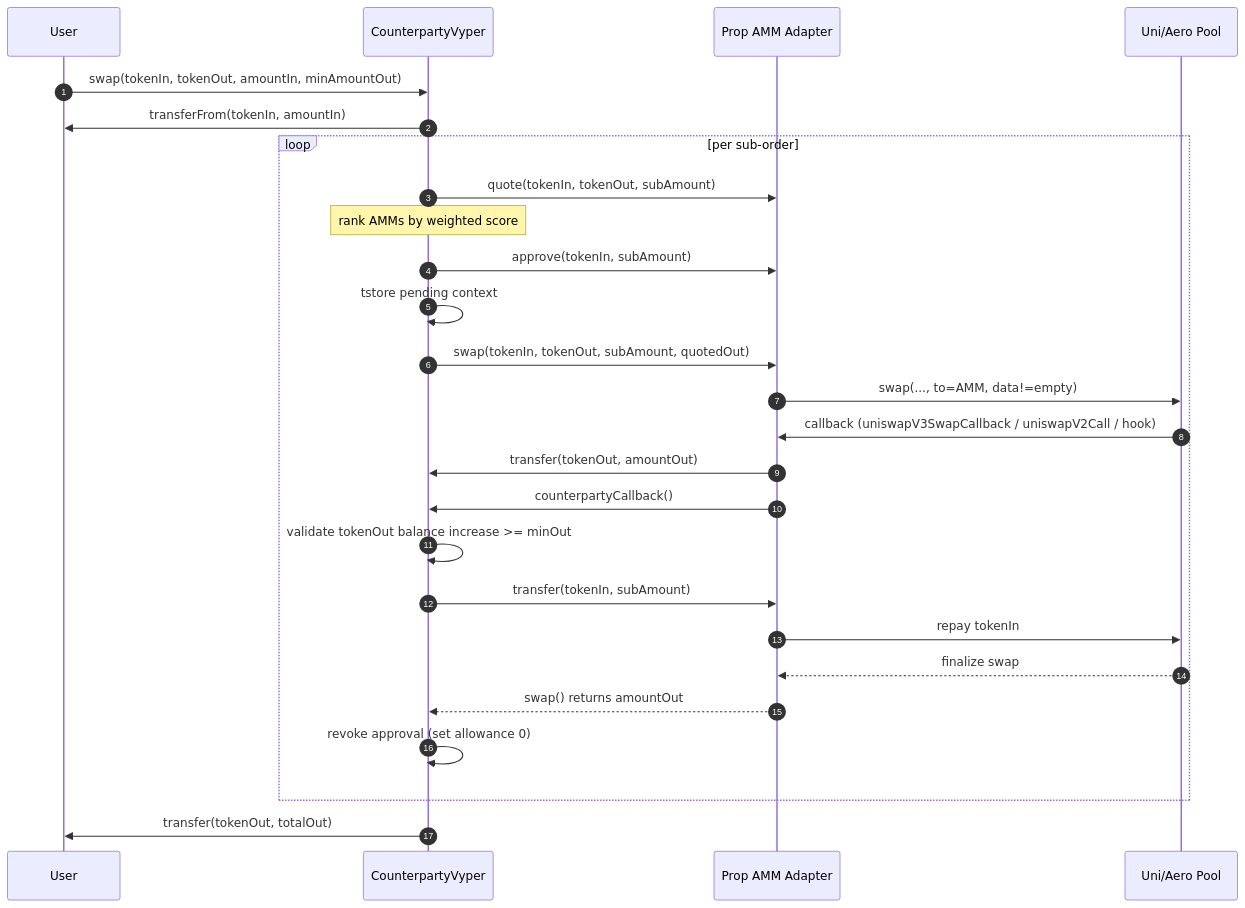
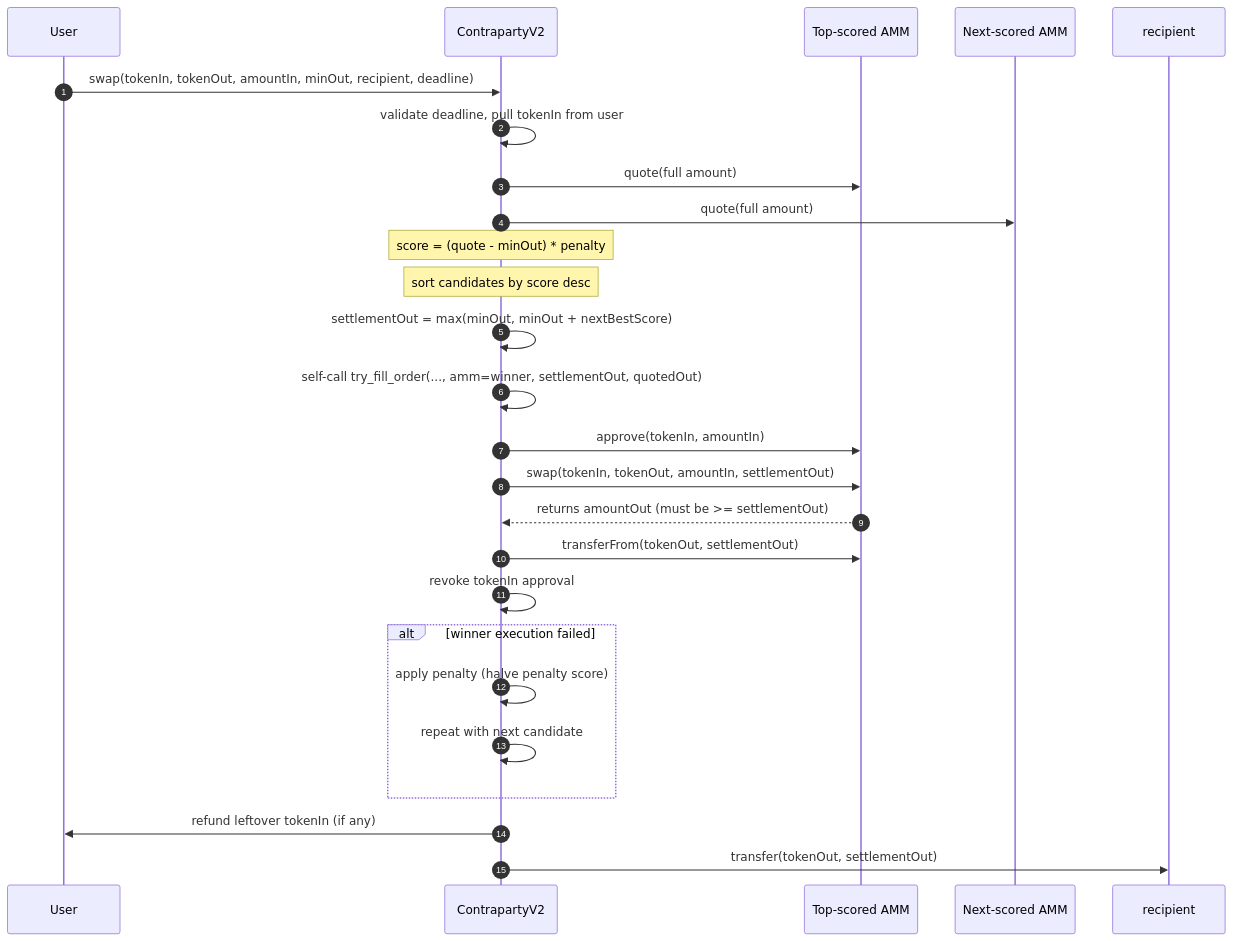
The diagram in contracts/docs/swap-execution-flow.md (kosunghun317/contraparty), drawn with Mermaid before and after one commit. The commit also changed other lines of this file and 5 other files, not shown here.

Commit message:
Switch MegaETH stack to ContrapartyV2 and add RPC-estimated deploy flow

````diff
--- a/contracts/docs/swap-execution-flow.md
+++ b/contracts/docs/swap-execution-flow.md
@@ -5,36 +5,31 @@
 ```mermaid
 sequenceDiagram
     autonumber
     participant User
-    participant CP as CounterpartyVyper
-    participant AMM as Prop AMM Adapter
-    participant Pool as Uni/Aero Pool
+    participant CP as ContrapartyV2
+    participant AMM1 as Top-scored AMM
+    participant AMM2 as Next-scored AMM
 
-    User->>CP: swap(tokenIn, tokenOut, amountIn, minAmountOut)
-    CP->>User: transferFrom(tokenIn, amountIn)
+    User->>CP: swap(tokenIn, tokenOut, amountIn, minOut, recipient, deadline)
+    CP->>CP: validate deadline, pull tokenIn from user
+    CP->>AMM1: quote(full amount)
+    CP->>AMM2: quote(full amount)
+    Note over CP: score = (quote - minOut) * penalty
+    Note over CP: sort candidates by score desc
 
-    loop per sub-order
-        CP->>AMM: quote(tokenIn, tokenOut, subAmount)
-        Note over CP: rank AMMs by weighted score
+    CP->>CP: settlementOut = max(minOut, minOut + nextBestScore)
+    CP->>CP: self-call try_fill_order(..., amm=winner, settlementOut, quotedOut)
+    CP->>AMM1: approve(tokenIn, amountIn)
+    CP->>AMM1: swap(tokenIn, tokenOut, amountIn, settlementOut)
+    AMM1-->>CP: returns amountOut (must be >= settlementOut)
+    CP->>AMM1: transferFrom(tokenOut, settlementOut)
+    CP->>CP: revoke tokenIn approval
 
-        CP->>AMM: approve(tokenIn, subAmount)
-        CP->>CP: tstore pending context
-        CP->>AMM: swap(tokenIn, tokenOut, subAmount, quotedOut)
-
-        AMM->>Pool: swap(..., to=AMM, data!=empty)
-        Pool->>AMM: callback (uniswapV3SwapCallback / uniswapV2Call / hook)
-
-        AMM->>CP: transfer(tokenOut, amountOut)
-        AMM->>CP: counterpartyCallback()
-        CP->>CP: validate tokenOut balance increase >= minOut
-        CP->>AMM: transfer(tokenIn, subAmount)
-
-        AMM->>Pool: repay tokenIn
-        Pool-->>AMM: finalize swap
-        AMM-->>CP: swap() returns amountOut
-
-        CP->>CP: revoke approval (set allowance 0)
+    alt winner execution failed
+        CP->>CP: apply penalty (halve penalty score)
+        CP->>CP: repeat with next candidate
     end
 
-    CP->>User: transfer(tokenOut, totalOut)
+    CP->>User: refund leftover tokenIn (if any)
+    CP->>recipient: transfer(tokenOut, settlementOut)
 ```
````
